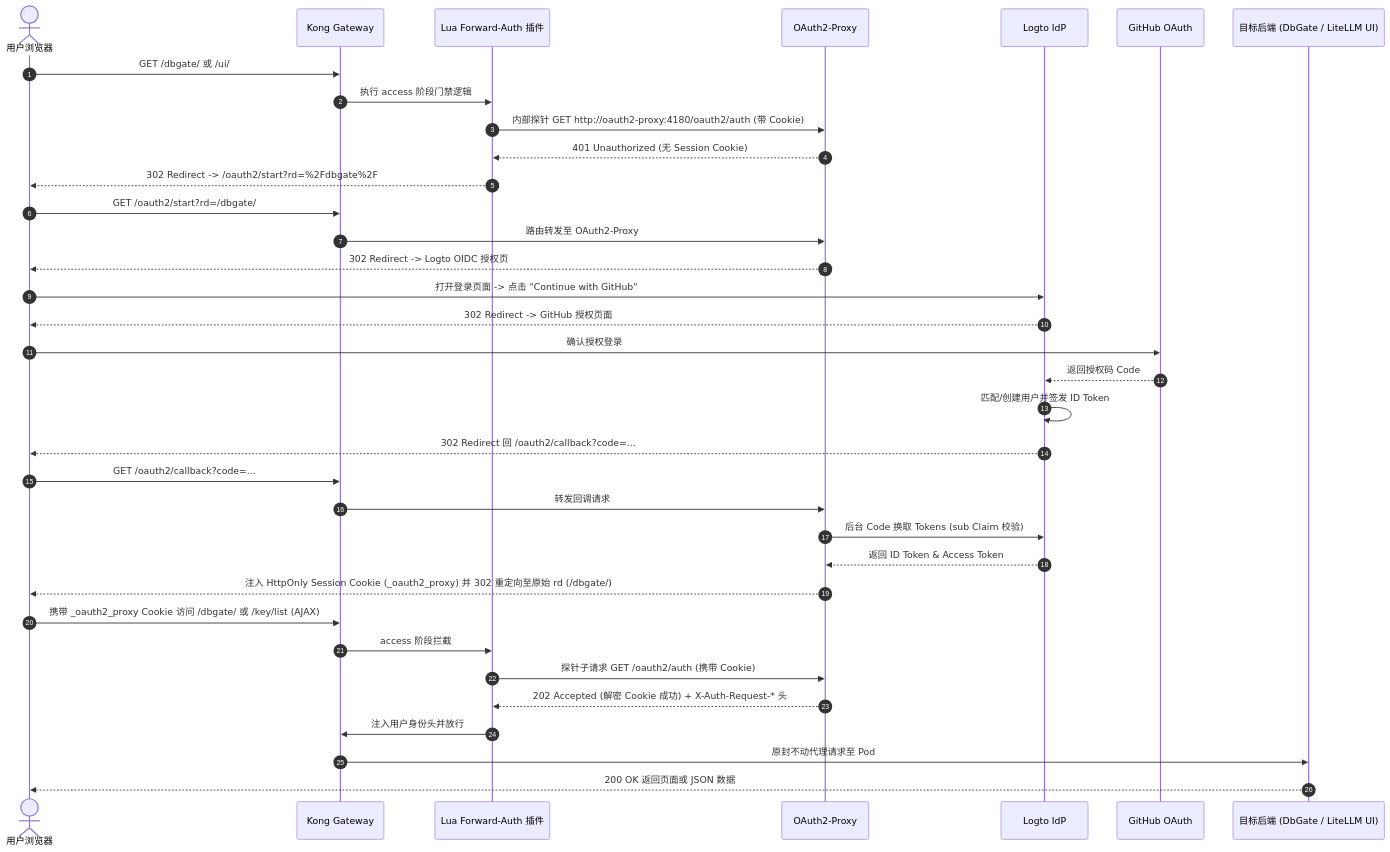
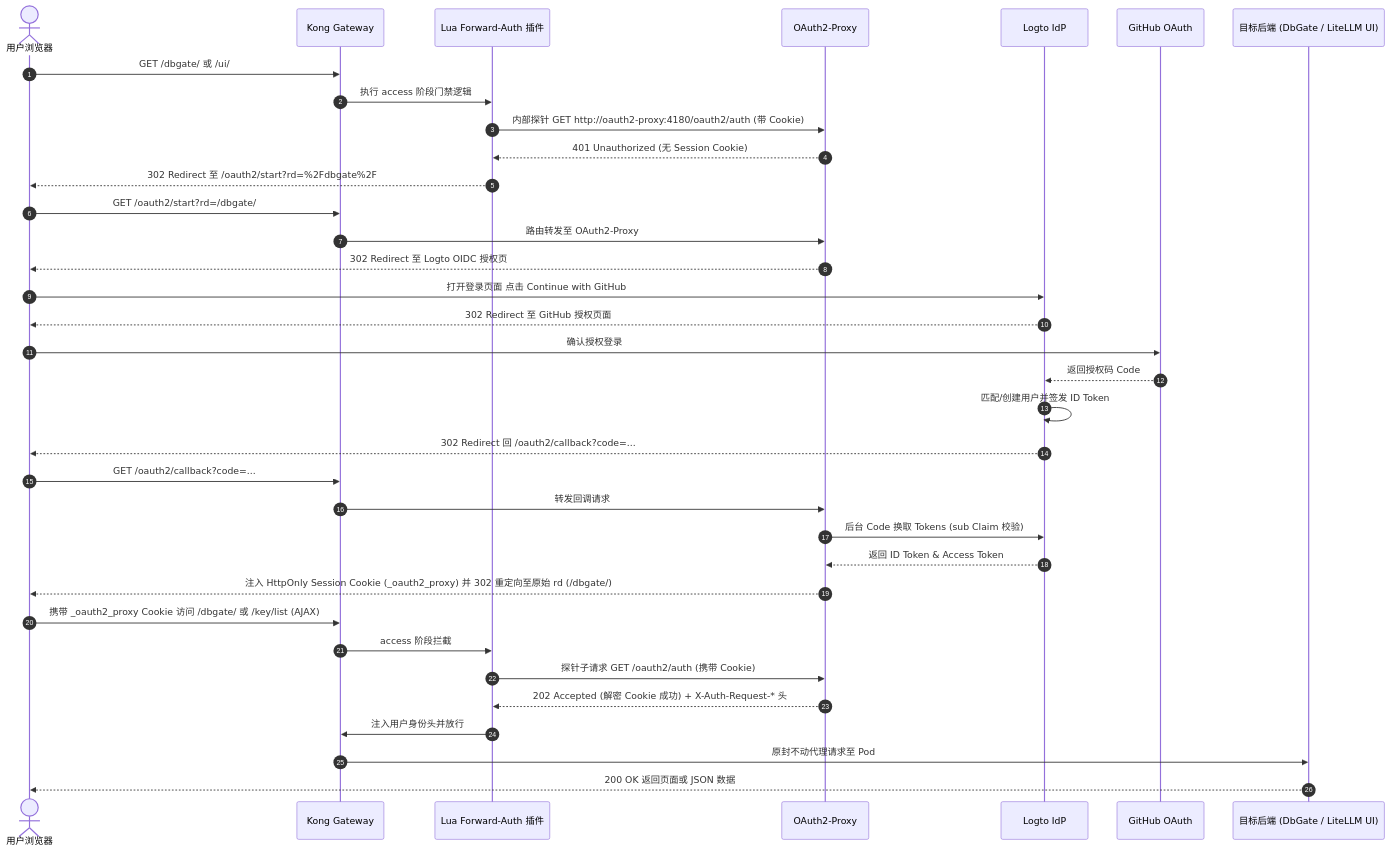
Before and after one commit to nvd11/my-argocd-manifests: the second of 2 diagrams in docs/kong-logto-github-sso-deep-dive-blog.md, drawn with Mermaid. The commit also changed other lines of this file, not shown here.

Commit message:
fix(docs): fix Mermaid diagram syntax escaping in deep-dive blog

````diff
--- a/docs/kong-logto-github-sso-deep-dive-blog.md
+++ b/docs/kong-logto-github-sso-deep-dive-blog.md
@@ -93,45 +93,45 @@
 ```mermaid
 sequenceDiagram
     autonumber
     actor User as 用户浏览器
     participant Kong as Kong Gateway
     participant Lua as Lua Forward-Auth 插件
     participant Auth as OAuth2-Proxy
     participant Logto as Logto IdP
     participant GitHub as GitHub OAuth
     participant Backend as 目标后端 (DbGate / LiteLLM UI)
 
     %% 1. 未认证访问与重定向
     User->>Kong: GET /dbgate/ 或 /ui/
     Kong->>Lua: 执行 access 阶段门禁逻辑
     Lua->>Auth: 内部探针 GET http://oauth2-proxy:4180/oauth2/auth (带 Cookie)
     Auth-->>Lua: 401 Unauthorized (无 Session Cookie)
-    Lua-->>User: 302 Redirect -> /oauth2/start?rd=%2Fdbgate%2F
+    Lua-->>User: 302 Redirect 至 /oauth2/start?rd=%2Fdbgate%2F
     
     %% 2. 授权跳转与登录
     User->>Kong: GET /oauth2/start?rd=/dbgate/
     Kong->>Auth: 路由转发至 OAuth2-Proxy
-    Auth-->>User: 302 Redirect -> Logto OIDC 授权页
-    User->>Logto: 打开登录页面 -> 点击 "Continue with GitHub"
-    Logto-->>User: 302 Redirect -> GitHub 授权页面
+    Auth-->>User: 302 Redirect 至 Logto OIDC 授权页
+    User->>Logto: 打开登录页面 点击 Continue with GitHub
+    Logto-->>User: 302 Redirect 至 GitHub 授权页面
     User->>GitHub: 确认授权登录
     GitHub-->>Logto: 返回授权码 Code
     Logto->>Logto: 匹配/创建用户并签发 ID Token
     Logto-->>User: 302 Redirect 回 /oauth2/callback?code=...
     
     %% 3. 回调与 Cookie 签发
     User->>Kong: GET /oauth2/callback?code=...
     Kong->>Auth: 转发回调请求
     Auth->>Logto: 后台 Code 换取 Tokens (sub Claim 校验)
     Logto-->>Auth: 返回 ID Token & Access Token
     Auth-->>User: 注入 HttpOnly Session Cookie (_oauth2_proxy) 并 302 重定向至原始 rd (/dbgate/)
 
     %% 4. 后续请求与 SPA 穿透
     User->>Kong: 携带 _oauth2_proxy Cookie 访问 /dbgate/ 或 /key/list (AJAX)
     Kong->>Lua: access 阶段拦截
     Lua->>Auth: 探针子请求 GET /oauth2/auth (携带 Cookie)
     Auth-->>Lua: 202 Accepted (解密 Cookie 成功) + X-Auth-Request-* 头
     Lua->>Kong: 注入用户身份头并放行
     Kong->>Backend: 原封不动代理请求至 Pod
     Backend-->>User: 200 OK 返回页面或 JSON 数据
 ```
````
